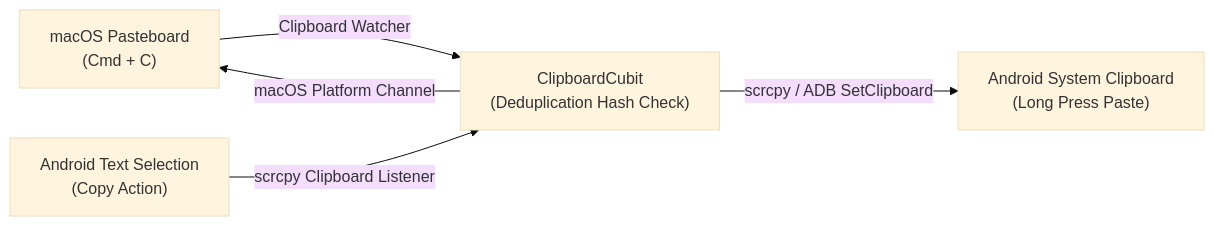
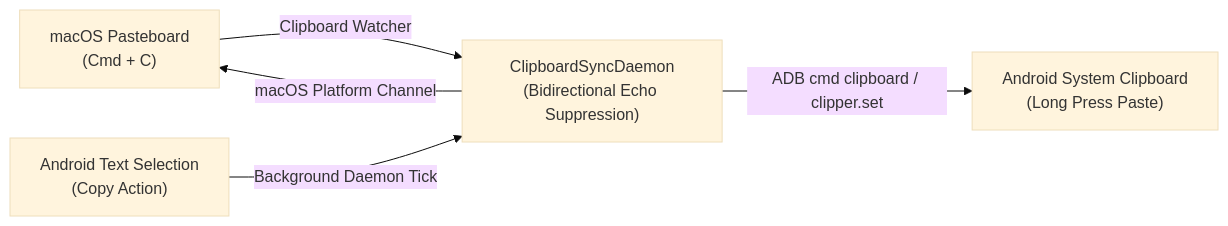
One commit to az-coder-123/azdroid changed the diagram in docs/features/clipboard-sync.md. Above: the diagram before and after it, drawn with Mermaid (base theme). The commit also changed other lines of this file and 15 other files, not shown here.

Commit message:
feat(productivity): background real-time two-way clipboard synchronization daemon (BL-04)

````diff
--- a/docs/features/clipboard-sync.md
+++ b/docs/features/clipboard-sync.md
@@ -14,8 +14,8 @@
 ```mermaid
 flowchart LR
-    MacPasteboard["macOS Pasteboard\n(Cmd + C)"] -->|Clipboard Watcher| SyncBridge["ClipboardCubit\n(Deduplication Hash Check)"]
-    SyncBridge -->|scrcpy / ADB SetClipboard| AndroidClipboard["Android System Clipboard\n(Long Press Paste)"]
+    MacPasteboard["macOS Pasteboard\n(Cmd + C)"] -->|Clipboard Watcher| SyncDaemon["ClipboardSyncDaemon\n(Bidirectional Echo Suppression)"]
+    SyncDaemon -->|ADB cmd clipboard / clipper.set| AndroidClipboard["Android System Clipboard\n(Long Press Paste)"]
     
-    AndroidCopy["Android Text Selection\n(Copy Action)"] -->|scrcpy Clipboard Listener| SyncBridge
-    SyncBridge -->|macOS Platform Channel| MacPasteboard
+    AndroidCopy["Android Text Selection\n(Copy Action)"] -->|Background Daemon Tick| SyncDaemon
+    SyncDaemon -->|macOS Platform Channel| MacPasteboard
 ```
````
